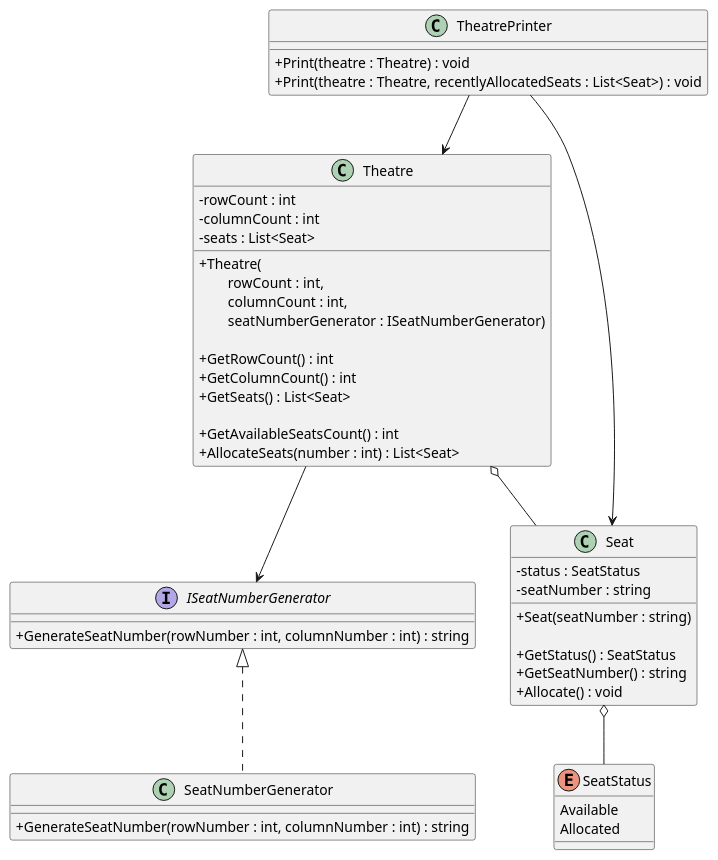
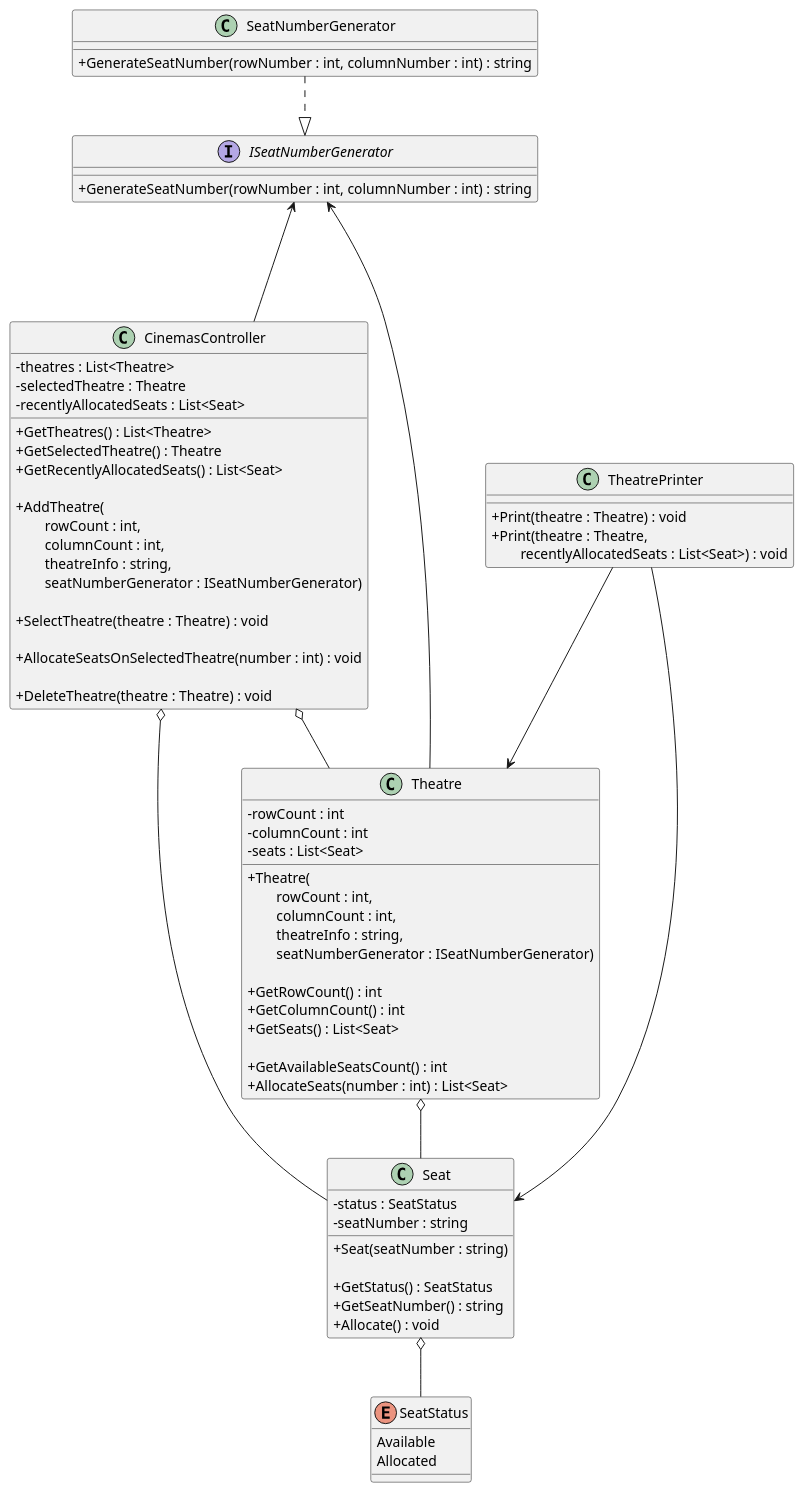
The diagram in diagrams/cinnamonCinemas.puml (iamfranco/CinnamonCinemasChallenge), drawn with PlantUML before and after one commit. The commit also changed 1 other file, not shown here.

Commit message:
UML: add CinemasController class, with methods for creating theatre instances

```diff
--- a/diagrams/cinnamonCinemas.puml
+++ b/diagrams/cinnamonCinemas.puml
@@ -1,61 +1,89 @@
 @startuml "cinnamon cinemas"
 skinparam ClassAttributeIconSize 0
 
 class TheatrePrinter {
     + Print(theatre : Theatre) : void
-    + Print(theatre : Theatre, recentlyAllocatedSeats : List<Seat>) : void
+    + Print(theatre : Theatre, \n\
+        recentlyAllocatedSeats : List<Seat>) : void
 }
 
 interface ISeatNumberGenerator {
     + GenerateSeatNumber(rowNumber : int, columnNumber : int) : string
 }
 
 class SeatNumberGenerator {
     + GenerateSeatNumber(rowNumber : int, columnNumber : int) : string
 }
 
+class CinemasController {
+    - theatres : List<Theatre>
+    - selectedTheatre : Theatre
+    - recentlyAllocatedSeats : List<Seat>
+
+    + GetTheatres() : List<Theatre>
+    + GetSelectedTheatre() : Theatre
+    + GetRecentlyAllocatedSeats() : List<Seat>
+
+    + AddTheatre(\n\
+        rowCount : int, \n\
+        columnCount : int, \n\
+        theatreInfo : string, \n\
+        seatNumberGenerator : ISeatNumberGenerator)
+
+    + SelectTheatre(theatre : Theatre) : void
+
+    + AllocateSeatsOnSelectedTheatre(number : int) : void
+
+    + DeleteTheatre(theatre : Theatre) : void
+}
+
 class Theatre {
     - rowCount : int
     - columnCount : int
     - seats : List<Seat>
 
     + Theatre(\n\
         rowCount : int, \n\
         columnCount : int, \n\
+        theatreInfo : string, \n\
         seatNumberGenerator : ISeatNumberGenerator)
 
     + GetRowCount() : int
     + GetColumnCount() : int
     + GetSeats() : List<Seat>
 
     + GetAvailableSeatsCount() : int
     + AllocateSeats(number : int) : List<Seat>
 }
 
 class Seat {
     - status : SeatStatus
     - seatNumber : string
 
     + Seat(seatNumber : string)
 
     + GetStatus() : SeatStatus
     + GetSeatNumber() : string
     + Allocate() : void
 }
 
 Enum SeatStatus {
     Available
     Allocated
 }
 
+CinemasController o-- Theatre
+CinemasController o--- Seat
+CinemasController --u-> ISeatNumberGenerator
+
 TheatrePrinter --> Theatre
 TheatrePrinter ---> Seat
 
 Theatre o-- Seat
-Theatre --> ISeatNumberGenerator
+Theatre --u-> ISeatNumberGenerator
 
-ISeatNumberGenerator <|.. SeatNumberGenerator
+ISeatNumberGenerator <|.u. SeatNumberGenerator
 
 Seat o-- SeatStatus
 
 @enduml
```
